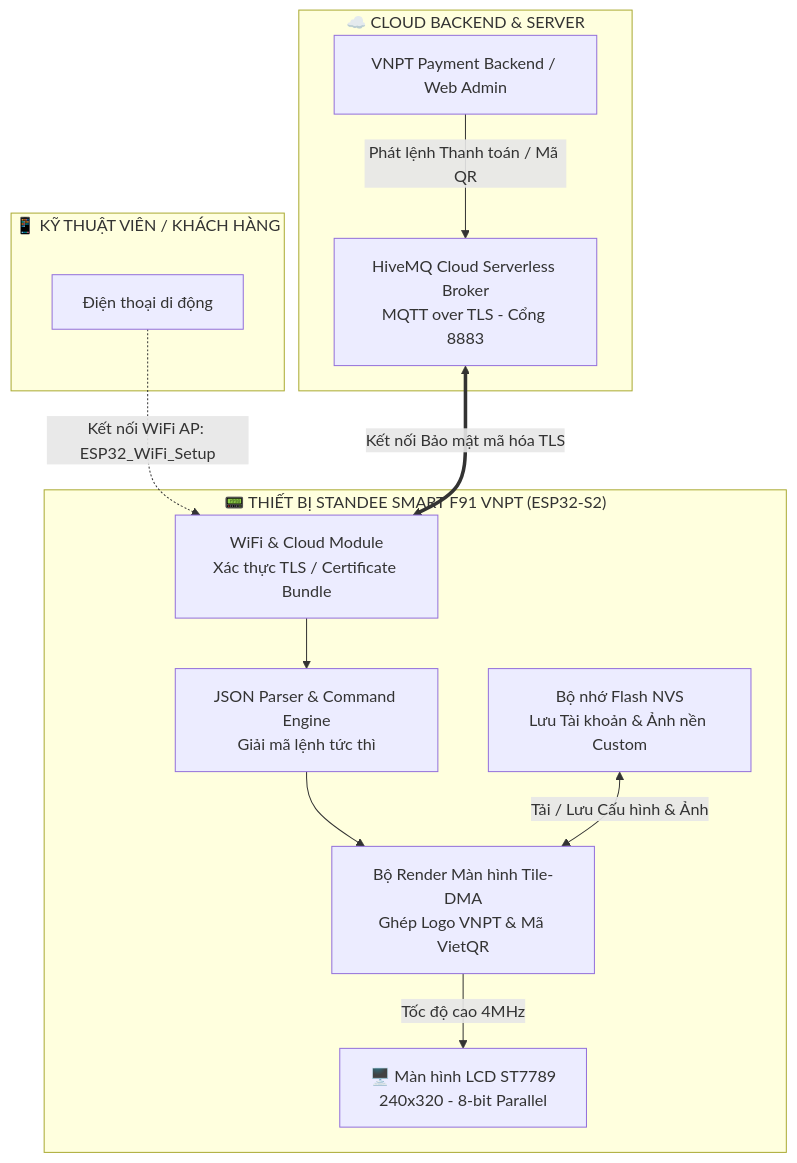
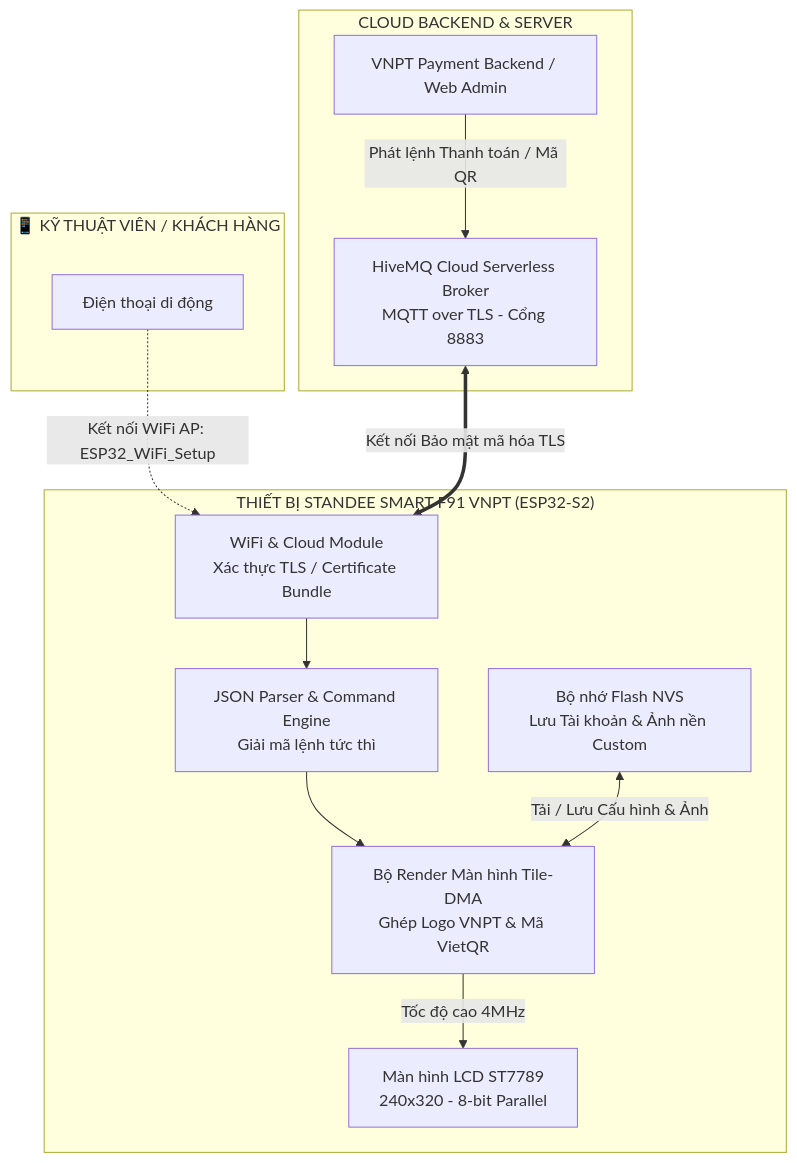
Before and after one commit to Hiieu-ntq/QR_STANDEE: the first of 3 diagrams in README.md, drawn with Mermaid. The commit also changed other lines of this file, not shown here.

````diff
--- a/README.md
+++ b/README.md
@@ -33,28 +32,28 @@
 ```mermaid
 graph TD
-    subgraph CLOUD ["☁️ CLOUD BACKEND & SERVER"]
+    subgraph CLOUD [" CLOUD BACKEND & SERVER"]
         Server[VNPT Payment Backend / Web Admin]
         Broker[HiveMQ Cloud Serverless Broker<br/>MQTT over TLS - Cổng 8883]
         Server -->|Phát lệnh Thanh toán / Mã QR| Broker
     end
 
-    subgraph DEVICE ["📟 THIẾT BỊ STANDEE SMART F91 VNPT (ESP32-S2)"]
+    subgraph DEVICE [" THIẾT BỊ STANDEE SMART F91 VNPT (ESP32-S2)"]
         WiFi[WiFi & Cloud Module<br/>Xác thực TLS / Certificate Bundle]
         Parser[JSON Parser & Command Engine<br/>Giải mã lệnh tức thì]
         DisplayEngine[Bộ Render Màn hình Tile-DMA<br/>Ghép Logo VNPT & Mã VietQR]
         Flash[Bộ nhớ Flash NVS<br/>Lưu Tài khoản & Ảnh nền Custom]
-        LCD[🖥️ Màn hình LCD ST7789<br/>240x320 - 8-bit Parallel]
+        LCD[ Màn hình LCD ST7789<br/>240x320 - 8-bit Parallel]
 
         WiFi --> Parser
         Parser --> DisplayEngine
         Flash <-->|Tải / Lưu Cấu hình & Ảnh| DisplayEngine
         DisplayEngine -->|Tốc độ cao 4MHz| LCD
     end
 
     subgraph SETUP ["📱 KỸ THUẬT VIÊN / KHÁCH HÀNG"]
         Phone[Điện thoại di động]
         Phone -.->|Kết nối WiFi AP: ESP32_WiFi_Setup| WiFi
     end
 
     Broker <==>|Kết nối Bảo mật mã hóa TLS| WiFi
 ```
````
